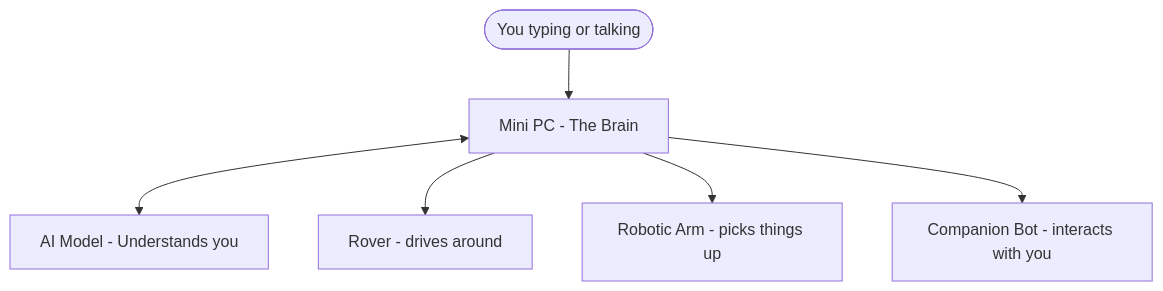
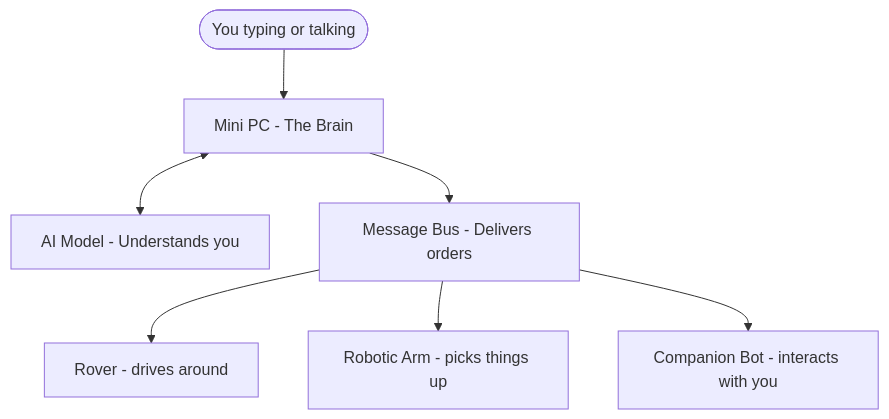
Before and after one commit to siddhesh1008/robotics-master: the first of 3 diagrams in OVERVIEW.md, drawn with Mermaid. The commit also changed other lines of this file and 6 other files, not shown here.

````diff
--- a/OVERVIEW.md
+++ b/OVERVIEW.md
@@ -9,15 +9,17 @@
 ```mermaid
 flowchart TB
     User([You typing or talking])
     Master[Mini PC - The Brain]
     LLM[AI Model - Understands you]
+    Bus[Message Bus - Delivers orders]
     Rover[Rover - drives around]
     Arm[Robotic Arm - picks things up]
     Bot[Companion Bot - interacts with you]
 
     User --> Master
     Master <--> LLM
-    Master --> Rover
-    Master --> Arm
-    Master --> Bot
+    Master --> Bus
+    Bus --> Rover
+    Bus --> Arm
+    Bus --> Bot
 ```
````
